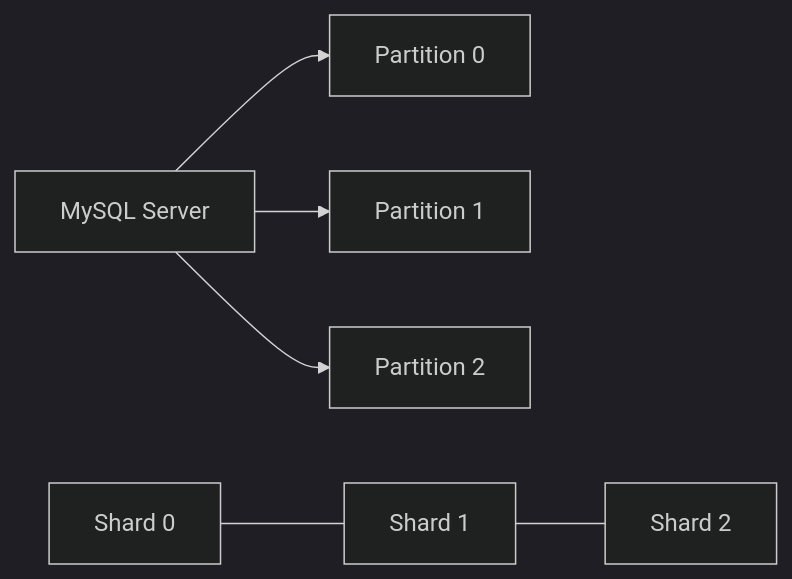
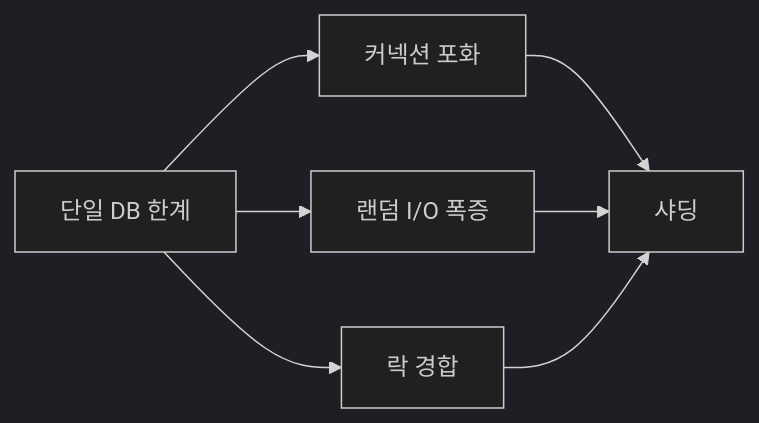
The first of 7 diagrams in _posts/db/2026-05-01-db-sharding.md (yjkim2015/yjkim2015.github.io), drawn with Mermaid (dark theme) before and after one commit. The commit also changed other lines of this file and 4 other files, not shown here.

````diff
--- a/_posts/db/2026-05-01-db-sharding.md
+++ b/_posts/db/2026-05-01-db-sharding.md
@@ -20,8 +53,9 @@
 ```mermaid
 graph LR
-    S["MySQL Server"] --> P0["Partition 0"]
-    S --> P1["Partition 1"]
-    S --> P2["Partition 2"]
-    SH0["Shard 0"] --- SH1["Shard 1"]
-    SH1 --- SH2["Shard 2"]
+    PROB["단일 DB 한계"] --> C["커넥션 포화"]
+    PROB --> I["랜덤 I/O 폭증"]
+    PROB --> L["락 경합"]
+    C --> SOL["샤딩"]
+    I --> SOL
+    L --> SOL
 ```
````
